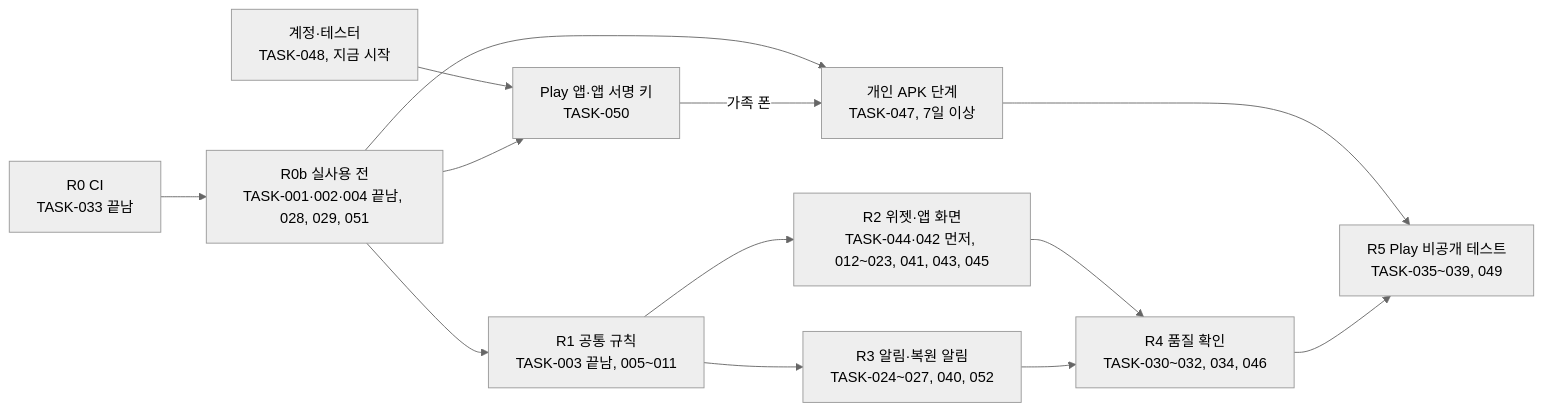
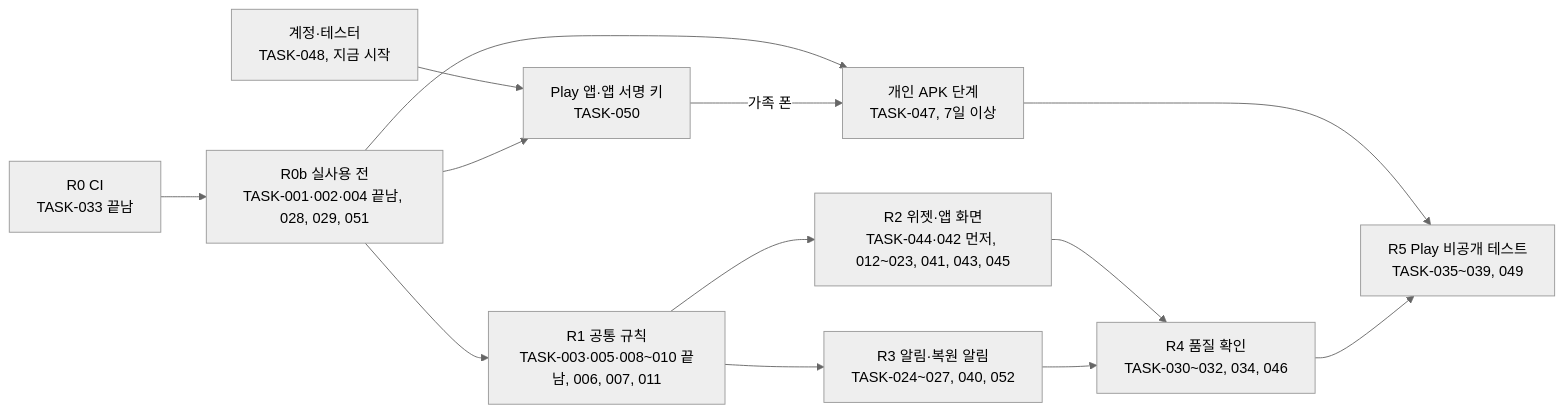
The diagram in docs/08-wbs/wbs.md (judangbang-ops/pillbadeum_release), drawn with Mermaid (neutral theme) before and after one commit. The commit also changed other lines of this file and 1 other file, not shown here.

First line of the commit message:
docs: TASK-005·008·009·010 끝남(PR #11), 보충 P-1·P-5·P-6의 구현 줄과 진행 메모

````diff
--- a/docs/08-wbs/wbs.md
+++ b/docs/08-wbs/wbs.md
@@ -136,15 +143,15 @@
 ```mermaid
 flowchart LR
     R0["R0 CI<br/>TASK-033 끝남"] --> R0b["R0b 실사용 전<br/>TASK-001·002·004 끝남, 028, 029, 051"]
     R0b --> P["개인 APK 단계<br/>TASK-047, 7일 이상"]
-    R0b --> R1["R1 공통 규칙<br/>TASK-003 끝남, 005~011"]
+    R0b --> R1["R1 공통 규칙<br/>TASK-003·005·008~010 끝남, 006, 007, 011"]
     A["계정·테스터<br/>TASK-048, 지금 시작"] --> K["Play 앱·앱 서명 키<br/>TASK-050"]
     R0b --> K
     K -->|가족 폰| P
     R1 --> R2["R2 위젯·앱 화면<br/>TASK-044·042 먼저, 012~023, 041, 043, 045"]
     R1 --> R3["R3 알림·복원 알림<br/>TASK-024~027, 040, 052"]
     R2 --> R4["R4 품질 확인<br/>TASK-030~032, 034, 046"]
     R3 --> R4
     P --> R5
     R4 --> R5["R5 Play 비공개 테스트<br/>TASK-035~039, 049"]
 ```
````
